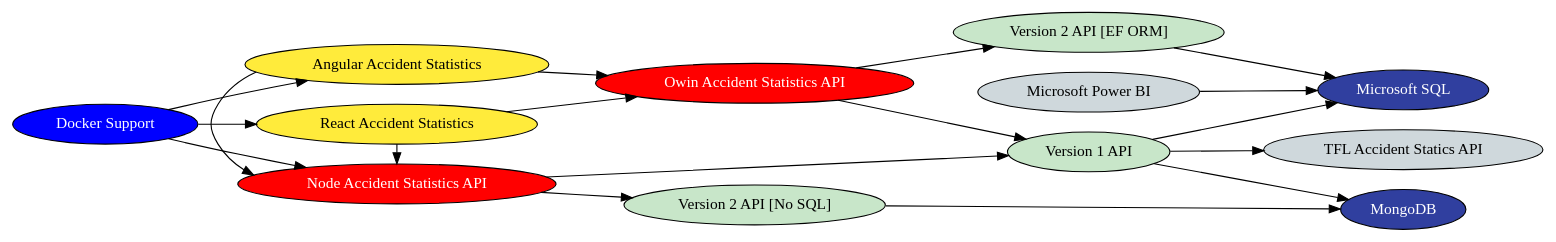
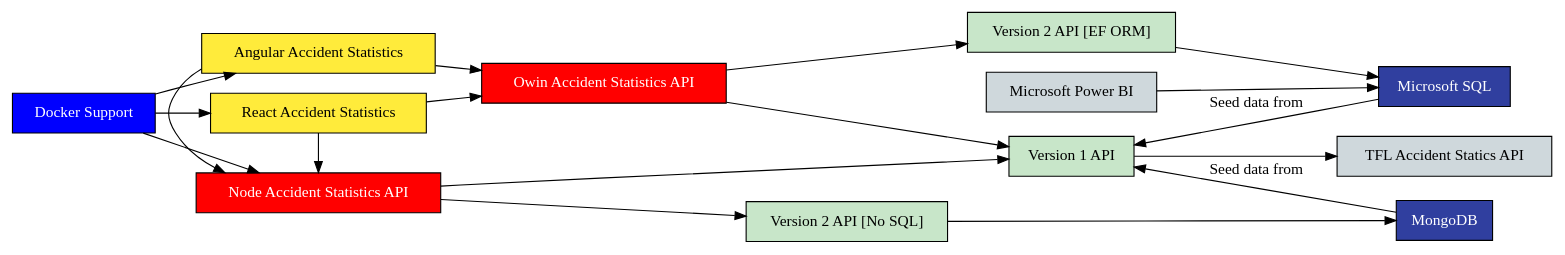
Before and after one commit to vfarah-if/GitPlayground: the diagram in diagram/architecture.dot, drawn with Graphviz. The commit also changed 1 other file, not shown here.

Commit message:
Updated diagram to be neater and more informative

```diff
--- a/diagram/architecture.dot
+++ b/diagram/architecture.dot
@@ -1,63 +1,65 @@
 digraph architecture {
   rankdir=LR;
-
+  node[shape="rectangle"];
+  
+  
   // Storage - #303F9F (dark blue)
   node[fillcolor="#303F9F" style="filled" fontcolor="white"];
   database[label="Microsoft SQL"]; 
   mongo_db[label="MongoDB"];
   
   // Client-side Apps - #FFEB3B (yellow)
   node[fillcolor="#FFEB3B" style="filled" fontcolor="black"];
   ng_front_end[label="Angular Accident Statistics"]; 
   react_front_end[label="React Accident Statistics"];
   
   // Data Persistence - #C8E6C9 (light green)
   node[fillcolor="#C8E6C9" style="filled" fontcolor="black"];
   orm[label="Version 2 API [EF ORM]"]; 
   no_sql_database[label="Version 2 API [No SQL]"]; 
   live_api[label="Version 1 API"];
   
   // Backend API's - #FF0000 (red)
   node[fillcolor="#FF0000" style="filled" fontcolor="white"];
   node_api[label="Node Accident Statistics API"]; 
   owin_api[label="Owin Accident Statistics API"];
   
   // 3rd-party APIs - #CFD8DC (light grey)
   node[fillcolor="#CFD8DC" style="filled" fontcolor="black"];
   tfl_api[label="TFL Accident Statics API"];
   power_bi[label="Microsoft Power BI"]
 
   // Docker Support - #0000FF (blue)
   node[fillcolor="#0000FF" style="filled" fontcolor="white"];
   docker_support[label="Docker Support"];
 
   subgraph client_side_apps {
       ng_front_end -> {node_api,owin_api};
       react_front_end -> {node_api,owin_api};
       {rank=same; ng_front_end, react_front_end, node_api};
   }
   
   subgraph owin_api_structure {
      owin_api -> {orm, live_api};
   }
 
   subgraph node_api_structure {
      node_api -> {no_sql_database, live_api};
   }
   
   subgraph durability {
       orm -> {database};
       no_sql_database -> {mongo_db};
       live_api -> {tfl_api};
       power_bi -> {database};
   }
 
   subgraph data_seeding {
-      live_api -> {database};
-      live_api -> {mongo_db};
+      live_api -> {database}[label="Seed data from" dir="back" ];
+      live_api -> {mongo_db}[label="Seed data from" dir="back" ];
   }
   
    subgraph docker_containers {
      docker_support -> {ng_front_end, react_front_end, node_api};
   }
 }
```
